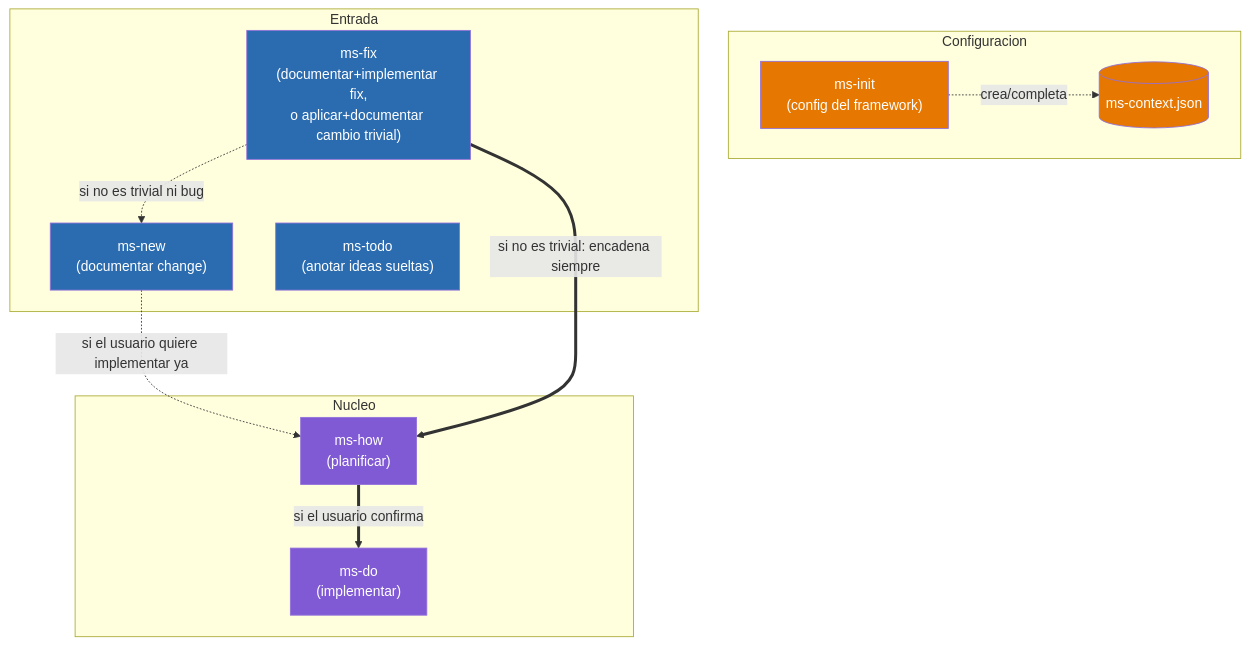
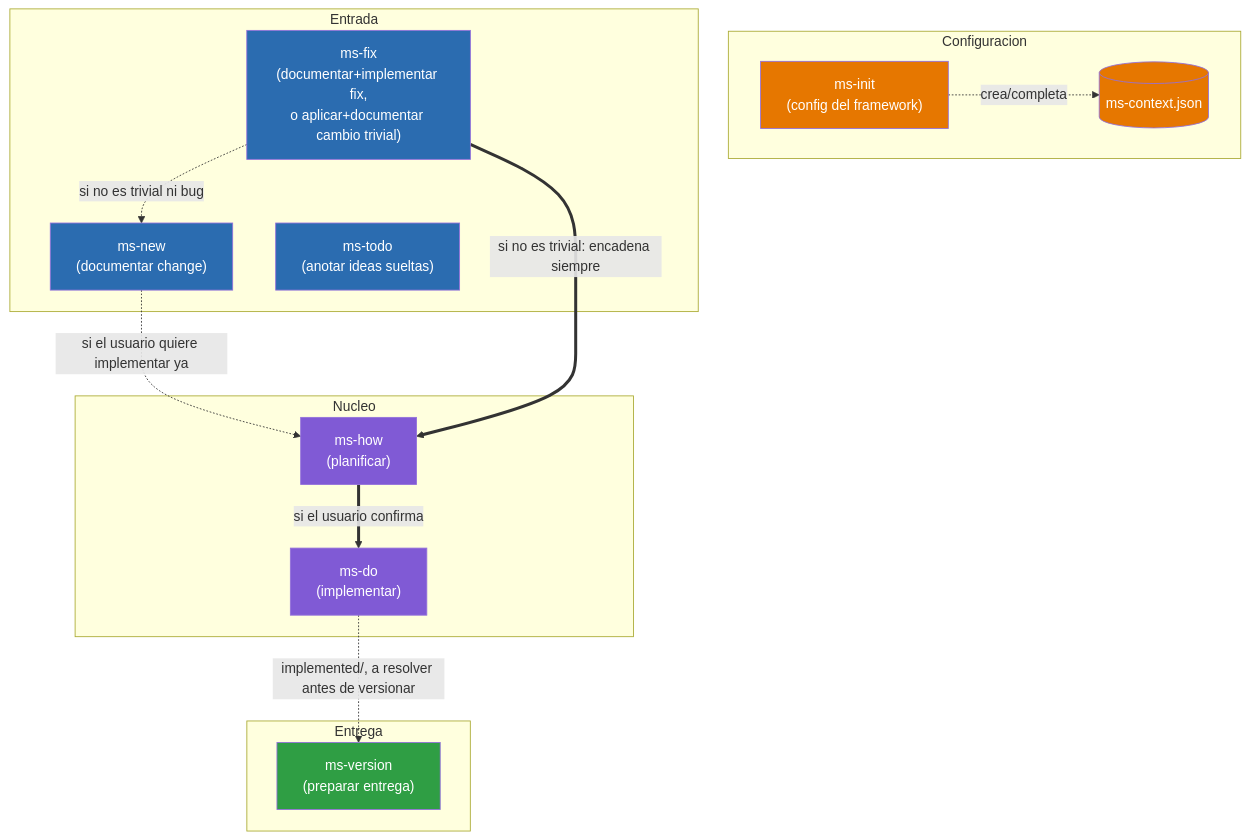
Before and after one commit to yeyopepe/bgfactory: the diagram in .claude/ms-design.md, drawn with Mermaid. The commit also changed other lines of this file and 28 other files, not shown here.

````diff
--- a/.claude/ms-design.md
+++ b/.claude/ms-design.md
@@ -18,32 +18,39 @@
 ```mermaid
 graph TD
     subgraph Configuracion
         ms_init["ms-init<br/>(config del framework)"]
         ms_context[("ms-context.json")]
     end
 
     subgraph Entrada
         ms_new["ms-new<br/>(documentar change)"]
         ms_fix["ms-fix<br/>(documentar+implementar fix,<br/>o aplicar+documentar cambio trivial)"]
         ms_todo["ms-todo<br/>(anotar ideas sueltas)"]
     end
 
     subgraph Nucleo
         ms_how["ms-how<br/>(planificar)"]
         ms_do["ms-do<br/>(implementar)"]
     end
 
+    subgraph Entrega
+        ms_version["ms-version<br/>(preparar entrega)"]
+    end
+
     ms_init -.->|crea/completa| ms_context
 
     ms_new -.->|"si el usuario quiere implementar ya"| ms_how
     ms_fix ==>|"si no es trivial: encadena siempre"| ms_how
     ms_fix -.->|"si no es trivial ni bug"| ms_new
     ms_how ==>|"si el usuario confirma"| ms_do
+    ms_do -.->|"implemented/, a resolver antes de versionar"| ms_version
 
     classDef entry fill:#2b6cb0,color:#fff
     classDef core fill:#805ad5,color:#fff
     classDef config fill:#e67700,color:#fff
+    classDef delivery fill:#2f9e44,color:#fff
     class ms_new,ms_fix,ms_todo entry
     class ms_how,ms_do core
     class ms_init,ms_context config
+    class ms_version delivery
 ```
````
